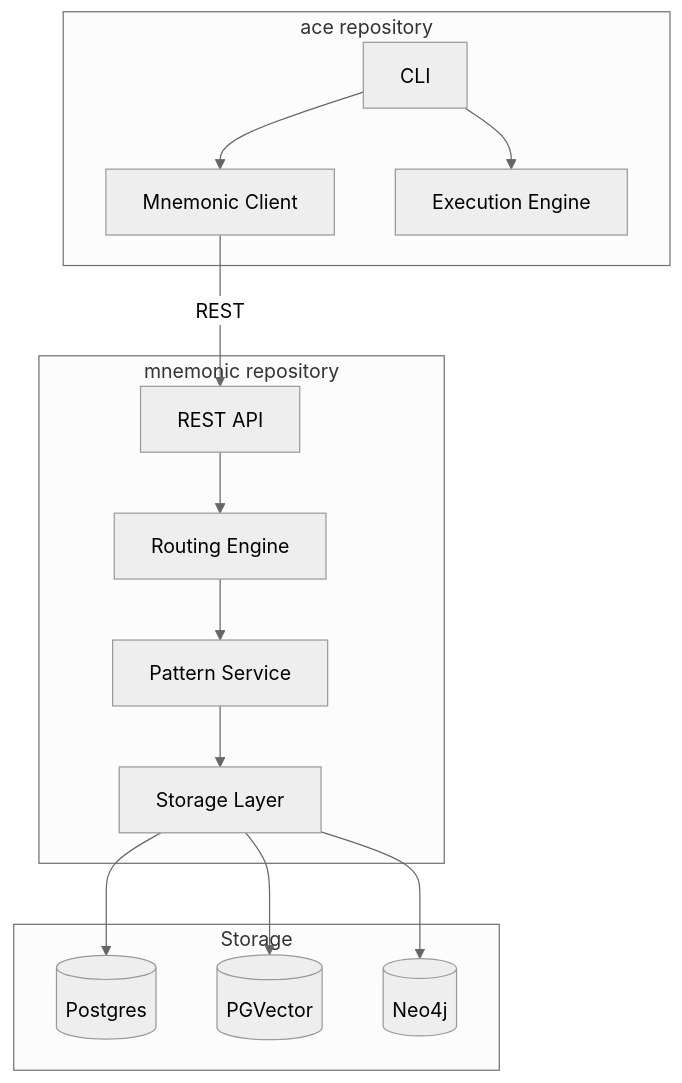
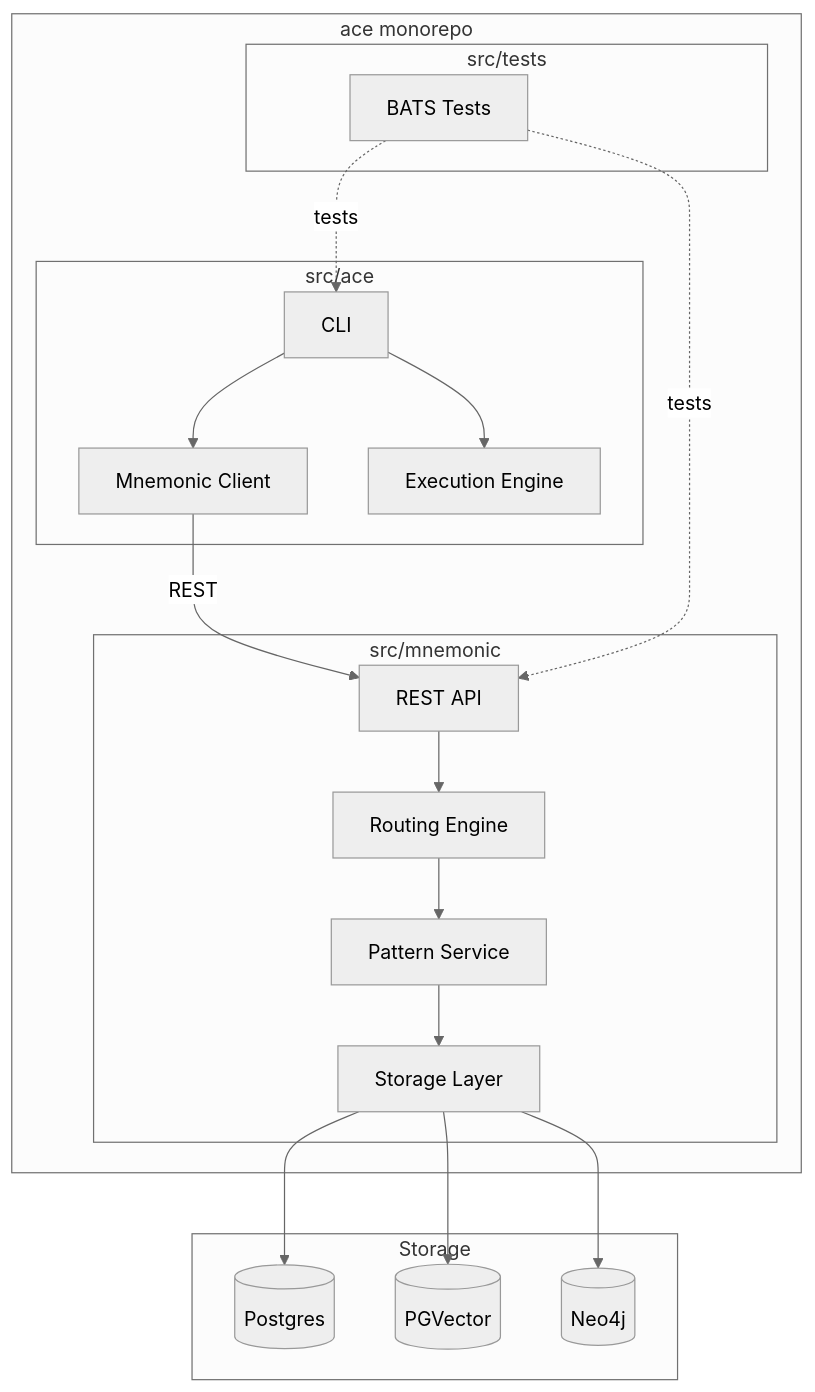
Before and after one commit to twistingmercury/mnemonic-mcp: the first of 2 diagrams in docs/architecture/project-structure.md, drawn with Mermaid (neutral theme). The commit also changed other lines of this file and 17 other files, not shown here.

````diff
--- a/docs/architecture/project-structure.md
+++ b/docs/architecture/project-structure.md
@@ -14,31 +45,39 @@
 ```mermaid
 graph TB
-    subgraph "mnemonic repository"
-        MN_API[REST API]
-        MN_ROUTE[Routing Engine]
-        MN_PATTERN[Pattern Service]
-        MN_STORAGE[Storage Layer]
-    end
+    subgraph "ace monorepo"
+        subgraph "src/mnemonic"
+            MN_API[REST API]
+            MN_ROUTE[Routing Engine]
+            MN_PATTERN[Pattern Service]
+            MN_STORAGE[Storage Layer]
+        end
 
-    subgraph "ace repository"
-        ACE_CLI[CLI]
-        ACE_CLIENT[Mnemonic Client]
-        ACE_EXEC[Execution Engine]
+        subgraph "src/ace"
+            ACE_CLI[CLI]
+            ACE_CLIENT[Mnemonic Client]
+            ACE_EXEC[Execution Engine]
+        end
+
+        subgraph "src/tests"
+            BATS[BATS Tests]
+        end
     end
 
     subgraph "Storage"
         PG[(Postgres)]
         PGV[(PGVector)]
         NEO[(Neo4j)]
     end
 
     ACE_CLI --> ACE_CLIENT
     ACE_CLIENT -->|"REST"| MN_API
     ACE_CLI --> ACE_EXEC
     MN_API --> MN_ROUTE
     MN_ROUTE --> MN_PATTERN
     MN_PATTERN --> MN_STORAGE
     MN_STORAGE --> PG
     MN_STORAGE --> PGV
     MN_STORAGE --> NEO
+    BATS -.->|"tests"| ACE_CLI
+    BATS -.->|"tests"| MN_API
 ```
````
